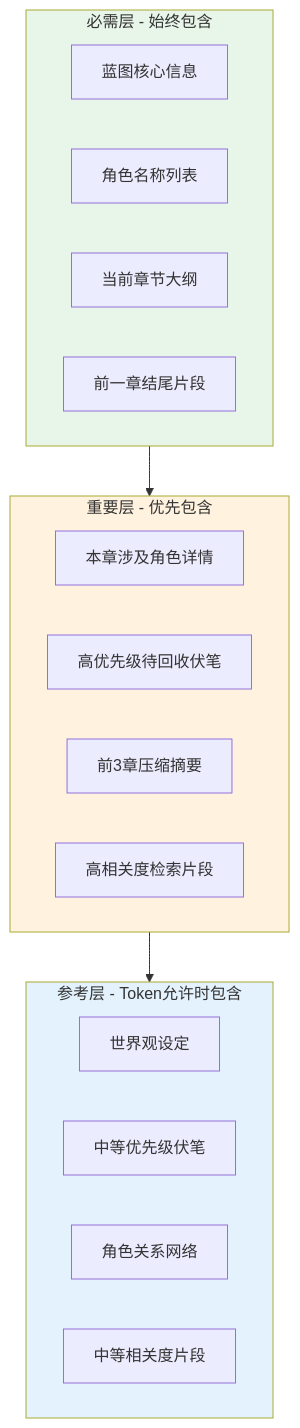
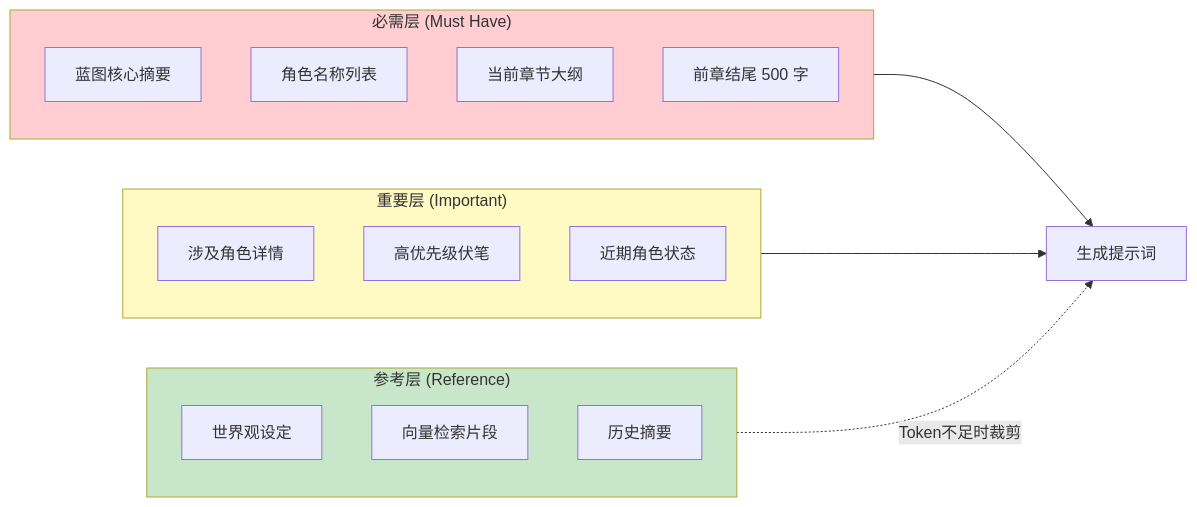
One commit to GTJasonMK/AFN changed the third of 6 diagrams in README.md. Above: the diagram before and after it, drawn with Mermaid. The commit also changed other lines of this file and 60 other files, not shown here.

````diff
--- a/README.md
+++ b/README.md
@@ -234,29 +198,29 @@
 ```mermaid
-graph TB
-    subgraph Required["必需层 - 始终包含"]
-        R1[蓝图核心信息]
-        R2[角色名称列表]
-        R3[当前章节大纲]
-        R4[前一章结尾片段]
+flowchart LR
+    subgraph 必需层["必需层 (Must Have)"]
+        M1[蓝图核心摘要]
+        M2[角色名称列表]
+        M3[当前章节大纲]
+        M4[前章结尾 500 字]
     end
 
-    subgraph Important["重要层 - 优先包含"]
-        I1[本章涉及角色详情]
-        I2[高优先级待回收伏笔]
-        I3[前3章压缩摘要]
-        I4[高相关度检索片段]
+    subgraph 重要层["重要层 (Important)"]
+        I1[涉及角色详情]
+        I2[高优先级伏笔]
+        I3[近期角色状态]
     end
 
-    subgraph Reference["参考层 - Token允许时包含"]
-        F1[世界观设定]
-        F2[中等优先级伏笔]
-        F3[角色关系网络]
-        F4[中等相关度片段]
+    subgraph 参考层["参考层 (Reference)"]
+        R1[世界观设定]
+        R2[向量检索片段]
+        R3[历史摘要]
     end
 
-    Required --> Important --> Reference
+    必需层 --> 生成提示词
+    重要层 --> 生成提示词
+    参考层 -.->|Token不足时裁剪| 生成提示词
 
-    style Required fill:#e8f5e9
-    style Important fill:#fff3e0
-    style Reference fill:#e3f2fd
+    style 必需层 fill:#ffcdd2
+    style 重要层 fill:#fff9c4
+    style 参考层 fill:#c8e6c9
 ```
````
